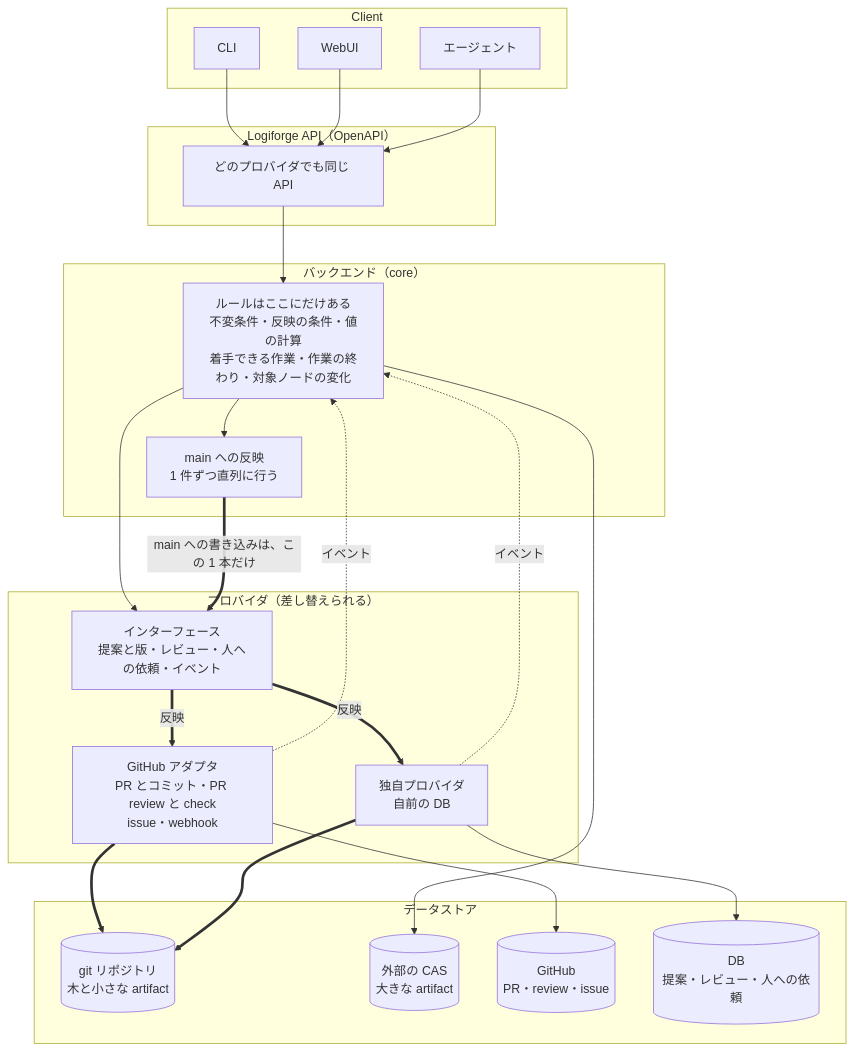
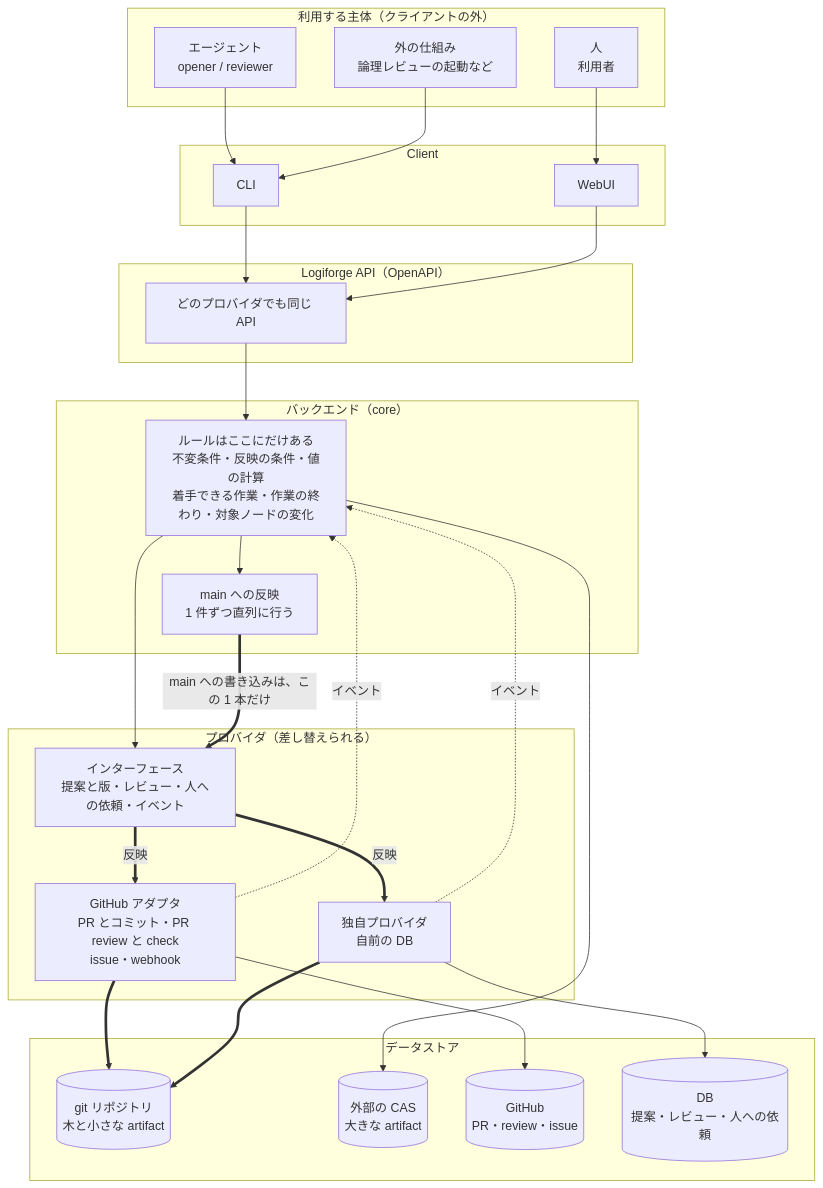
One commit to yamambainc/logiforge changed the diagram in design/architecture.md. Above: the diagram before and after it, drawn with Mermaid. The commit also changed other lines of this file and 30 other files, not shown here.

First line of the commit message:
design: エージェントをクライアントから外し、CLI を使う側として図と本文に置いた

````diff
--- a/design/architecture.md
+++ b/design/architecture.md
@@ -8,42 +8,48 @@
 ```mermaid
 flowchart TB
+  subgraph US["利用する主体（クライアントの外）"]
+    AGT["エージェント<br/>opener / reviewer"]
+    EXT["外の仕組み<br/>論理レビューの起動など"]
+    HUM["人<br/>利用者"]
+  end
   subgraph CL["Client"]
     CLI["CLI"]
     WEB["WebUI"]
-    AGT["エージェント"]
   end
+  AGT --> CLI
+  EXT --> CLI
+  HUM --> WEB
   subgraph AP["Logiforge API（OpenAPI）"]
     API["どのプロバイダでも同じ API"]
   end
   subgraph BE["バックエンド（core）"]
     RULE["ルールはここにだけある<br/>不変条件・反映の条件・値の計算<br/>着手できる作業・作業の終わり・対象ノードの変化"]
     MERGE["main への反映<br/>1 件ずつ直列に行う"]
   end
   subgraph PR["プロバイダ（差し替えられる）"]
     IF["インターフェース<br/>提案と版・レビュー・人への依頼・イベント"]
     GH["GitHub アダプタ<br/>PR とコミット・PR review と check<br/>issue・webhook"]
     NA["独自プロバイダ<br/>自前の DB"]
   end
   subgraph DS["データストア"]
     GIT[("git リポジトリ<br/>木と小さな artifact")]
     CAS[("外部の CAS<br/>大きな artifact")]
     GHS[("GitHub<br/>PR・review・issue")]
     DB[("DB<br/>提案・レビュー・人への依頼")]
   end
   CLI --> API
   WEB --> API
-  AGT --> API
   API --> RULE
   RULE --> MERGE
   RULE --> IF
   MERGE ==>|"main への書き込みは、この 1 本だけ"| IF
   IF ==>|"反映"| GH
   IF ==>|"反映"| NA
   GH ==> GIT
   NA ==> GIT
   GH --> GHS
   NA --> DB
   RULE --> CAS
   GH -. "イベント" .-> RULE
   NA -. "イベント" .-> RULE
 ```
````
